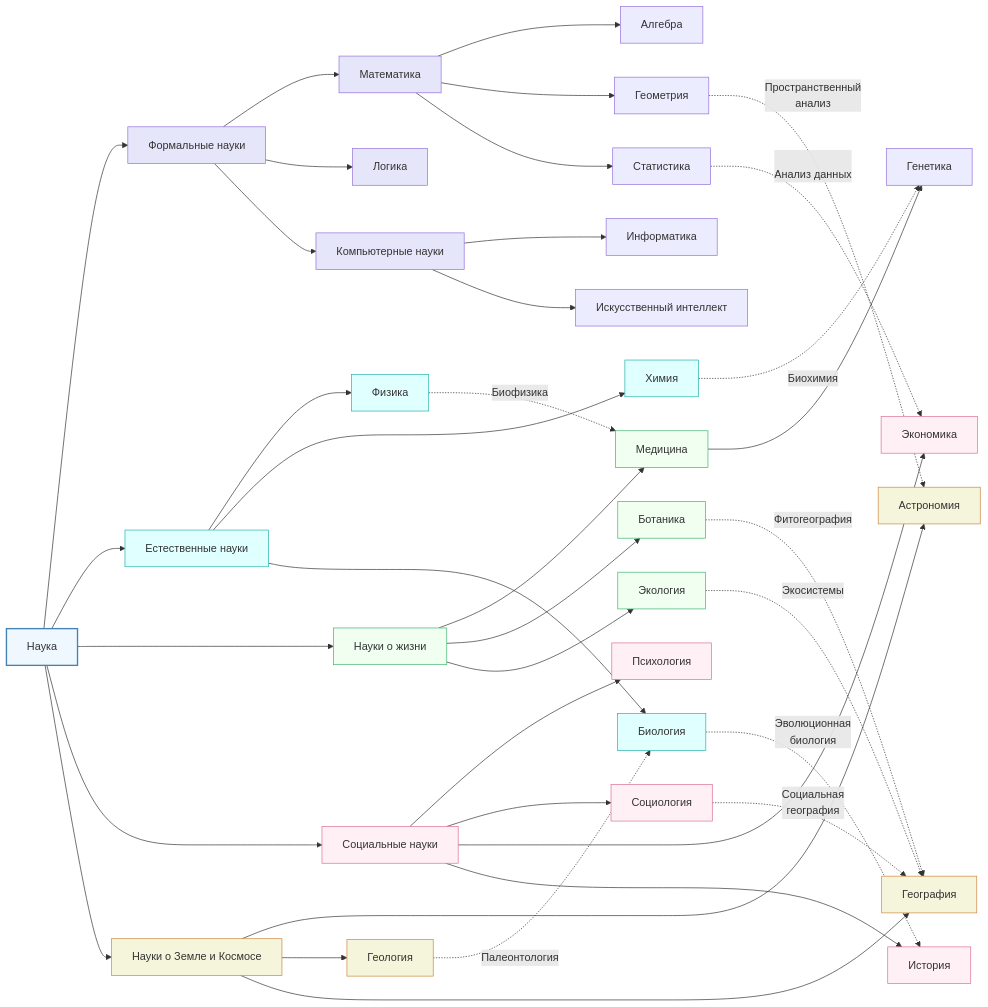
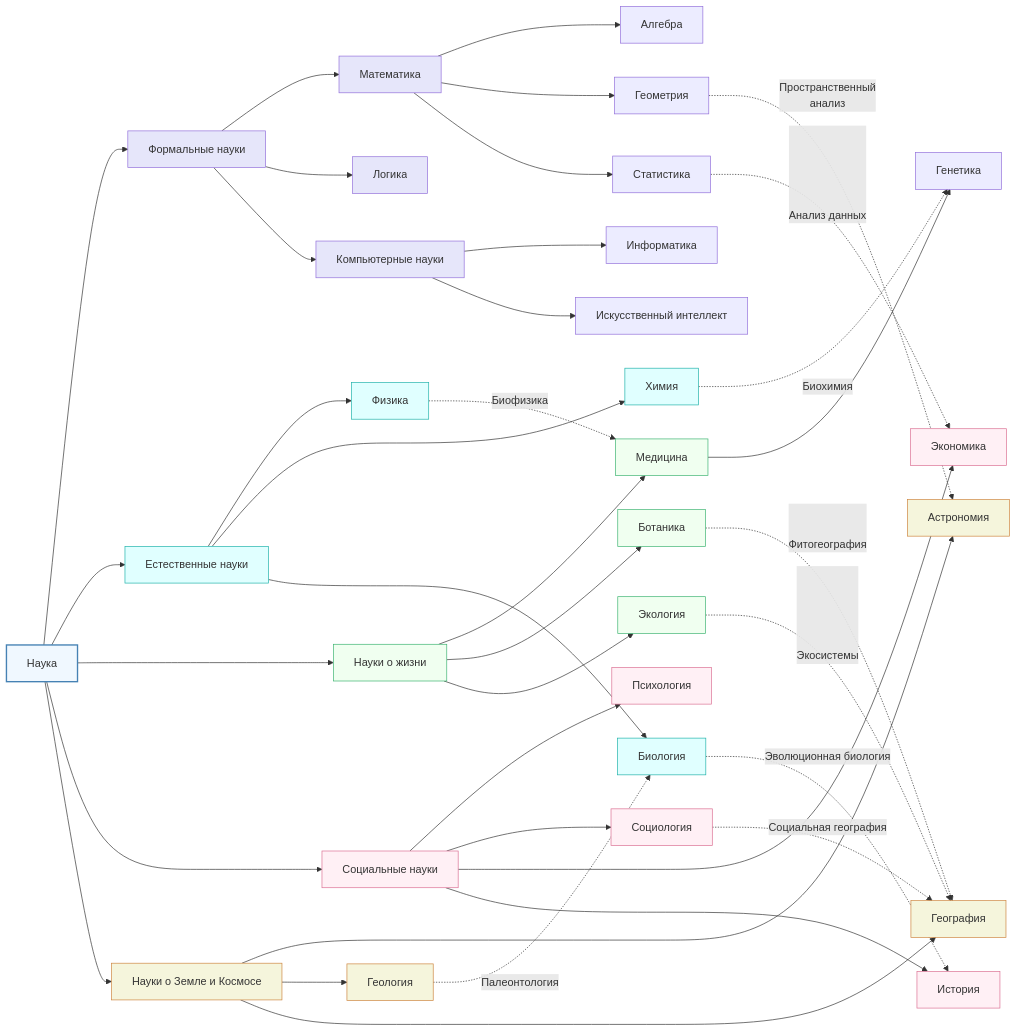
One commit to shwars/2025_kidbook changed the diagram in WORK/world/science/Report.md. Above: the diagram before and after it, drawn with Mermaid.

````diff
--- a/WORK/world/science/Report.md
+++ b/WORK/world/science/Report.md
@@ -81,68 +81,68 @@
 ```mermaid
 graph LR
     %% Основные категории
     A[Наука]:::root
     A --> B[Формальные науки]
     A --> C[Естественные науки]
     A --> D[Науки о жизни]
     A --> E[Социальные науки]
     A --> F[Науки о Земле и Космосе]
 
     %% Формальные науки
     B --> B1[Математика]
     B1 --> B11[Алгебра]
     B1 --> B12[Геометрия]
     B1 --> B13[Статистика]
     B --> B2[Логика]
     B --> B3[Компьютерные науки]
     B3 --> B31[Информатика]
     B3 --> B32[Искусственный интеллект]
 
     %% Естественные науки
     C --> C1[Физика]
     C --> C2[Химия]
     C --> C3[Биология]
 
     %% Науки о жизни
     D --> D1[Медицина]
     D1 --> D11[Генетика]
     D --> D3[Ботаника]
     D --> D4[Экология]
 
     %% Социальные науки
     E --> E2[Психология]
     E --> E3[Социология]
     E --> E4[Экономика]
     E --> E5[История]
 
     %% Науки о Земле
     F --> F1[Астрономия]
     F --> F2[Геология]
     F --> F3[География]
 
     %% Горизонтальные связи 
     C2 -. "Биохимия" .-> D11
     C1 -. "Биофизика" .-> D1
-    B13 -. "     <br>Анализ данных       " .-> E4
-    D4 -. "Экосистемы" .-> F3
+    B13 -. "<br><br><br><br><br>Анализ данных                        " .-> E4
+    D4 -. "<br><br><br><br><br>Экосистемы" .-> F3
     B12 -. "Пространственный<br>анализ" .-> F1
-    E3 -. "Социальная<br>география" .-> F3
-    D3 -. "Фитогеография" .-> F3
-    C3 -. "Эволюционная<br>биология" .-> E5
+    E3 -. "Социальная география" .-> F3
+    D3 -. "<br><br>Фитогеография" .-> F3
+    C3 -. "Эволюционная биология" .-> E5
     F2 -. "Палеонтология" .-> C3
 
     %% Стили
     classDef root fill:#f0f8ff,stroke:#4682b4,stroke-width:2px;
     classDef formal fill:#e6e6fa,stroke:#9370db;
     classDef natural fill:#e0ffff,stroke:#20b2aa;
     classDef life fill:#f0fff0,stroke:#3cb371;
     classDef social fill:#fff0f5,stroke:#db7093;
     classDef earth fill:#f5f5dc,stroke:#cd853f;
     classDef link stroke-dasharray:3 3,stroke:#666;
 
     class B,B1,B2,B3 formal;
     class C,C1,C2,C3 natural;
     class D,D1,D3,D4 life;
     class E,E2,E3,E4,E5 social;
     class F,F1,F2,F3 earth;
 ```
````
